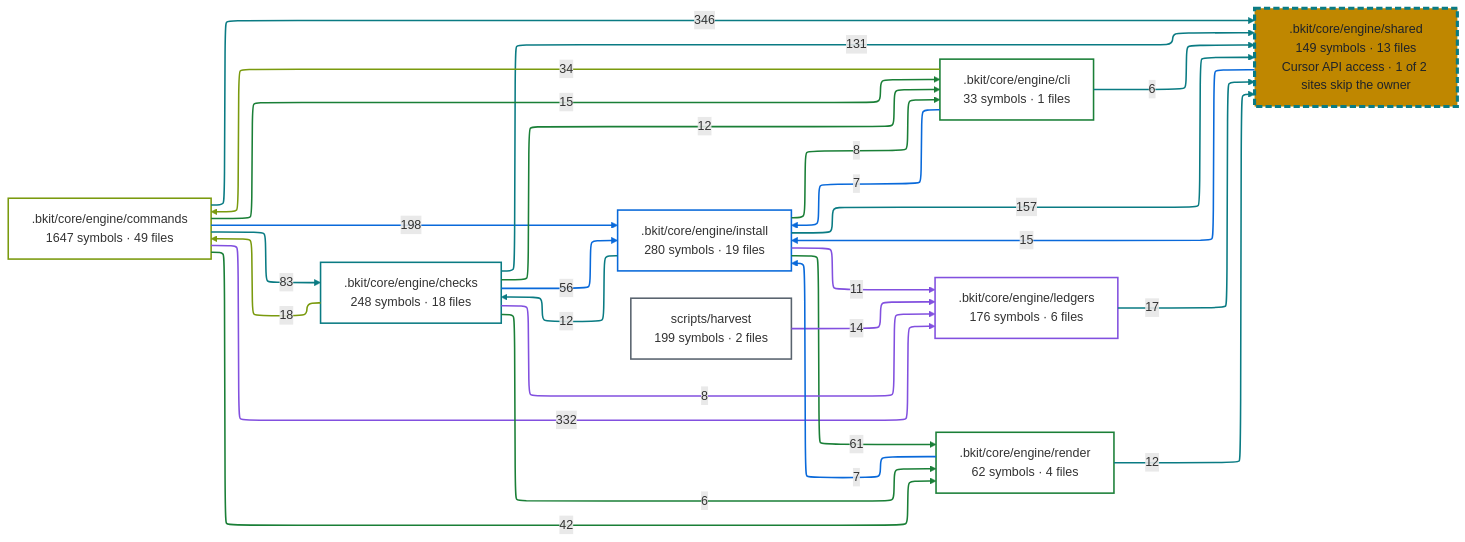
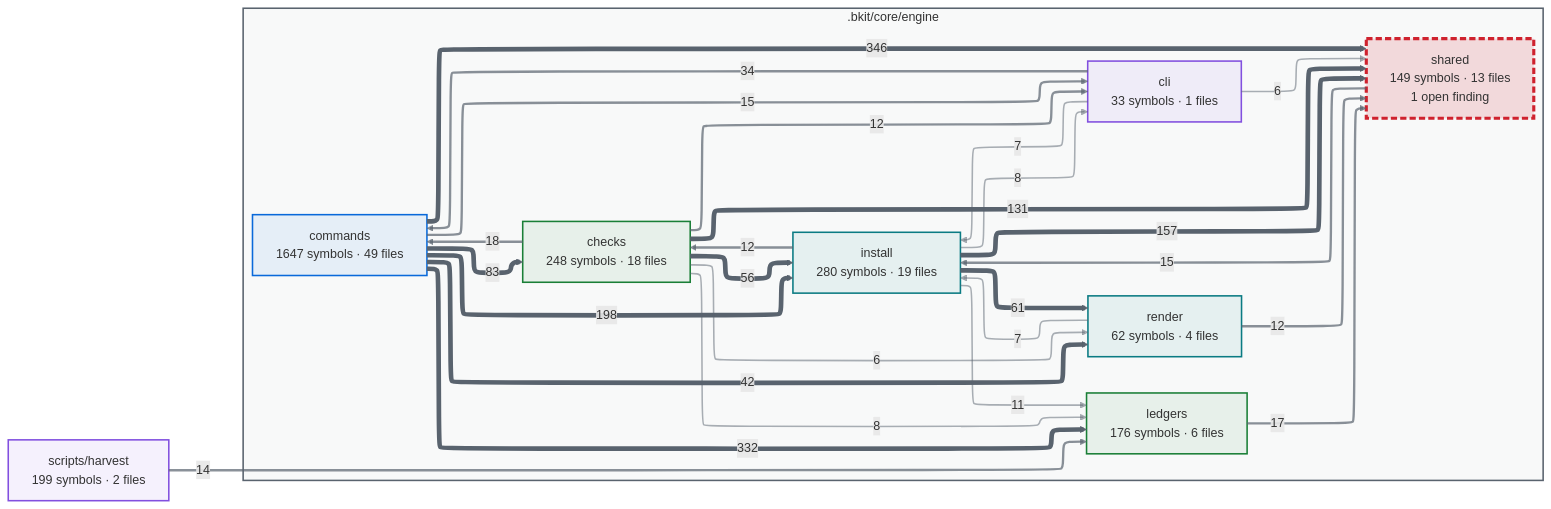
One commit to cbartens/bkit changed the first of 2 diagrams in docs/capabilities.md. Above: the diagram before and after it, drawn with Mermaid. The commit also changed other lines of this file and 5 other files, not shown here.

````diff
--- a/docs/capabilities.md
+++ b/docs/capabilities.md
@@ -150,76 +153,80 @@
 ```mermaid
 ---
 config:
   layout: elk
+  themeCSS: "marker { overflow: visible; } marker path { transform: scale(1.8); transform-origin: 5px 5px; }"
   flowchart:
     useMaxWidth: false
 ---
 flowchart LR
-  %% Generated by bkit-graphify-rollup.py from 672e082b7b1f4803023684fff5ac172dc80f6a6a — do not edit
-  n_bkit_core_engine_checks[".bkit/core/engine/checks<br/>248 symbols · 18 files"]
-  n_bkit_core_engine_cli[".bkit/core/engine/cli<br/>33 symbols · 1 files"]
-  n_bkit_core_engine_commands[".bkit/core/engine/commands<br/>1647 symbols · 49 files"]
-  n_bkit_core_engine_install[".bkit/core/engine/install<br/>280 symbols · 19 files"]
-  n_bkit_core_engine_ledgers[".bkit/core/engine/ledgers<br/>176 symbols · 6 files"]
-  n_bkit_core_engine_render[".bkit/core/engine/render<br/>62 symbols · 4 files"]
-  n_bkit_core_engine_shared[".bkit/core/engine/shared<br/>149 symbols · 13 files<br/>Cursor API access · 1 of 2 sites skip the owner"]
+  %% Generated by bkit-graphify-rollup.py from 6d416db53c64ce0576bfa423136db99c8c6ff4c2 — do not edit
+  subgraph gn_bkit_core_engine[".bkit/core/engine"]
+    n_bkit_core_engine_checks["checks<br/>248 symbols · 18 files"]
+    n_bkit_core_engine_cli["cli<br/>33 symbols · 1 files"]
+    n_bkit_core_engine_commands["commands<br/>1647 symbols · 49 files"]
+    n_bkit_core_engine_install["install<br/>280 symbols · 19 files"]
+    n_bkit_core_engine_ledgers["ledgers<br/>176 symbols · 6 files"]
+    n_bkit_core_engine_render["render<br/>62 symbols · 4 files"]
+    n_bkit_core_engine_shared["shared<br/>149 symbols · 13 files<br/>1 open finding"]
+  end
   nscripts_harvest["scripts/harvest<br/>199 symbols · 2 files"]
   n_bkit_core_engine_commands -->|346| n_bkit_core_engine_shared
   n_bkit_core_engine_commands -->|332| n_bkit_core_engine_ledgers
   n_bkit_core_engine_commands -->|198| n_bkit_core_engine_install
   n_bkit_core_engine_install -->|157| n_bkit_core_engine_shared
   n_bkit_core_engine_checks -->|131| n_bkit_core_engine_shared
   n_bkit_core_engine_commands -->|83| n_bkit_core_engine_checks
   n_bkit_core_engine_install -->|61| n_bkit_core_engine_render
   n_bkit_core_engine_checks -->|56| n_bkit_core_engine_install
   n_bkit_core_engine_commands -->|42| n_bkit_core_engine_render
   n_bkit_core_engine_cli -->|34| n_bkit_core_engine_commands
   n_bkit_core_engine_checks -->|18| n_bkit_core_engine_commands
   n_bkit_core_engine_ledgers -->|17| n_bkit_core_engine_shared
   n_bkit_core_engine_shared -->|15| n_bkit_core_engine_install
   n_bkit_core_engine_commands -->|15| n_bkit_core_engine_cli
   nscripts_harvest -->|14| n_bkit_core_engine_ledgers
   n_bkit_core_engine_install -->|12| n_bkit_core_engine_checks
   n_bkit_core_engine_checks -->|12| n_bkit_core_engine_cli
   n_bkit_core_engine_render -->|12| n_bkit_core_engine_shared
   n_bkit_core_engine_install -->|11| n_bkit_core_engine_ledgers
   n_bkit_core_engine_checks -->|8| n_bkit_core_engine_ledgers
   n_bkit_core_engine_install -->|8| n_bkit_core_engine_cli
   n_bkit_core_engine_cli -->|7| n_bkit_core_engine_install
   n_bkit_core_engine_render -->|7| n_bkit_core_engine_install
   n_bkit_core_engine_checks -->|6| n_bkit_core_engine_render
   n_bkit_core_engine_cli -->|6| n_bkit_core_engine_shared
-  style n_bkit_core_engine_checks stroke:#0a7b83,stroke-width:2px,fill:transparent
-  style n_bkit_core_engine_cli stroke:#1a7f37,stroke-width:2px,fill:transparent
-  style n_bkit_core_engine_commands stroke:#7a9a0e,stroke-width:2px,fill:transparent
-  style n_bkit_core_engine_install stroke:#0969da,stroke-width:2px,fill:transparent
-  style n_bkit_core_engine_ledgers stroke:#8250df,stroke-width:2px,fill:transparent
-  style n_bkit_core_engine_render stroke:#1a7f37,stroke-width:2px,fill:transparent
-  style n_bkit_core_engine_shared stroke:#0a7b83,stroke-width:4px,stroke-dasharray:8 4,fill:#bf8700,color:#1f2328
-  style nscripts_harvest stroke:#59636e,stroke-width:2px,fill:transparent
-  linkStyle 0 stroke:#0a7b83,stroke-width:2px
-  linkStyle 1 stroke:#8250df,stroke-width:2px
-  linkStyle 2 stroke:#0969da,stroke-width:2px
-  linkStyle 3 stroke:#0a7b83,stroke-width:2px
-  linkStyle 4 stroke:#0a7b83,stroke-width:2px
-  linkStyle 5 stroke:#0a7b83,stroke-width:2px
-  linkStyle 6 stroke:#1a7f37,stroke-width:2px
-  linkStyle 7 stroke:#0969da,stroke-width:2px
-  linkStyle 8 stroke:#1a7f37,stroke-width:2px
-  linkStyle 9 stroke:#7a9a0e,stroke-width:2px
-  linkStyle 10 stroke:#7a9a0e,stroke-width:2px
-  linkStyle 11 stroke:#0a7b83,stroke-width:2px
-  linkStyle 12 stroke:#0969da,stroke-width:2px
-  linkStyle 13 stroke:#1a7f37,stroke-width:2px
-  linkStyle 14 stroke:#8250df,stroke-width:2px
-  linkStyle 15 stroke:#0a7b83,stroke-width:2px
-  linkStyle 16 stroke:#1a7f37,stroke-width:2px
-  linkStyle 17 stroke:#0a7b83,stroke-width:2px
-  linkStyle 18 stroke:#8250df,stroke-width:2px
-  linkStyle 19 stroke:#8250df,stroke-width:2px
-  linkStyle 20 stroke:#1a7f37,stroke-width:2px
-  linkStyle 21 stroke:#0969da,stroke-width:2px
-  linkStyle 22 stroke:#0969da,stroke-width:2px
-  linkStyle 23 stroke:#1a7f37,stroke-width:2px
-  linkStyle 24 stroke:#0a7b83,stroke-width:2px
+  style gn_bkit_core_engine fill:#59636e0a,stroke:#59636e,stroke-width:2px
+  style n_bkit_core_engine_checks stroke:#1a7f37,stroke-width:2px,fill:#1a7f3714
+  style n_bkit_core_engine_cli stroke:#8250df,stroke-width:2px,fill:#8250df14
+  style n_bkit_core_engine_commands stroke:#0969da,stroke-width:2px,fill:#0969da14
+  style n_bkit_core_engine_install stroke:#0a7b83,stroke-width:2px,fill:#0a7b8314
+  style n_bkit_core_engine_ledgers stroke:#1a7f37,stroke-width:2px,fill:#1a7f3714
+  style n_bkit_core_engine_render stroke:#0a7b83,stroke-width:2px,fill:#0a7b8314
+  style n_bkit_core_engine_shared stroke:#cf222e,stroke-width:4px,stroke-dasharray:8 4,fill:#cf222e26
+  style nscripts_harvest stroke:#8250df,stroke-width:2px,fill:#8250df14
+  linkStyle 0 stroke:#59636e,stroke-width:6px
+  linkStyle 1 stroke:#59636e,stroke-width:6px
+  linkStyle 2 stroke:#59636e,stroke-width:6px
+  linkStyle 3 stroke:#59636e,stroke-width:6px
+  linkStyle 4 stroke:#59636e,stroke-width:6px
+  linkStyle 5 stroke:#59636e,stroke-width:6px
+  linkStyle 6 stroke:#59636e,stroke-width:6px
+  linkStyle 7 stroke:#59636e,stroke-width:6px
+  linkStyle 8 stroke:#59636e,stroke-width:6px
+  linkStyle 9 stroke:#59636eb3,stroke-width:3px
+  linkStyle 10 stroke:#59636eb3,stroke-width:3px
+  linkStyle 11 stroke:#59636eb3,stroke-width:3px
+  linkStyle 12 stroke:#59636eb3,stroke-width:3px
+  linkStyle 13 stroke:#59636eb3,stroke-width:3px
+  linkStyle 14 stroke:#59636eb3,stroke-width:3px
+  linkStyle 15 stroke:#59636eb3,stroke-width:3px
+  linkStyle 16 stroke:#59636eb3,stroke-width:3px
+  linkStyle 17 stroke:#59636eb3,stroke-width:3px
+  linkStyle 18 stroke:#59636e80,stroke-width:2px
+  linkStyle 19 stroke:#59636e80,stroke-width:2px
+  linkStyle 20 stroke:#59636e80,stroke-width:2px
+  linkStyle 21 stroke:#59636e80,stroke-width:2px
+  linkStyle 22 stroke:#59636e80,stroke-width:2px
+  linkStyle 23 stroke:#59636e80,stroke-width:2px
+  linkStyle 24 stroke:#59636e80,stroke-width:2px
 ```
````
